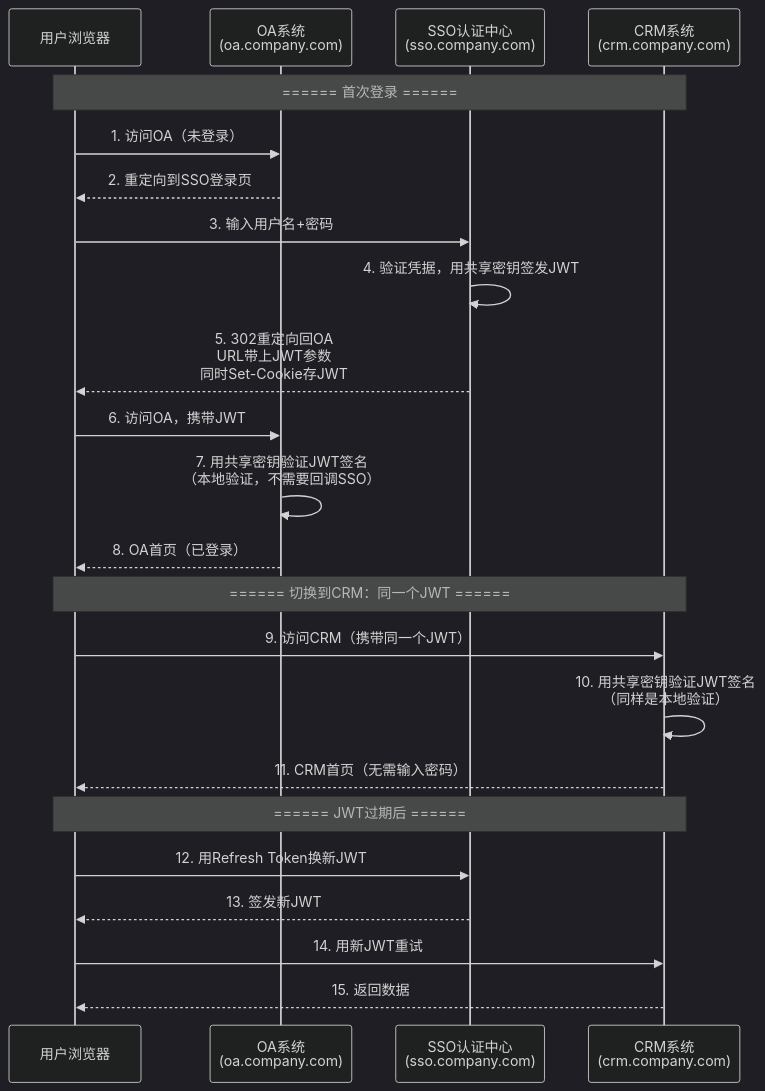
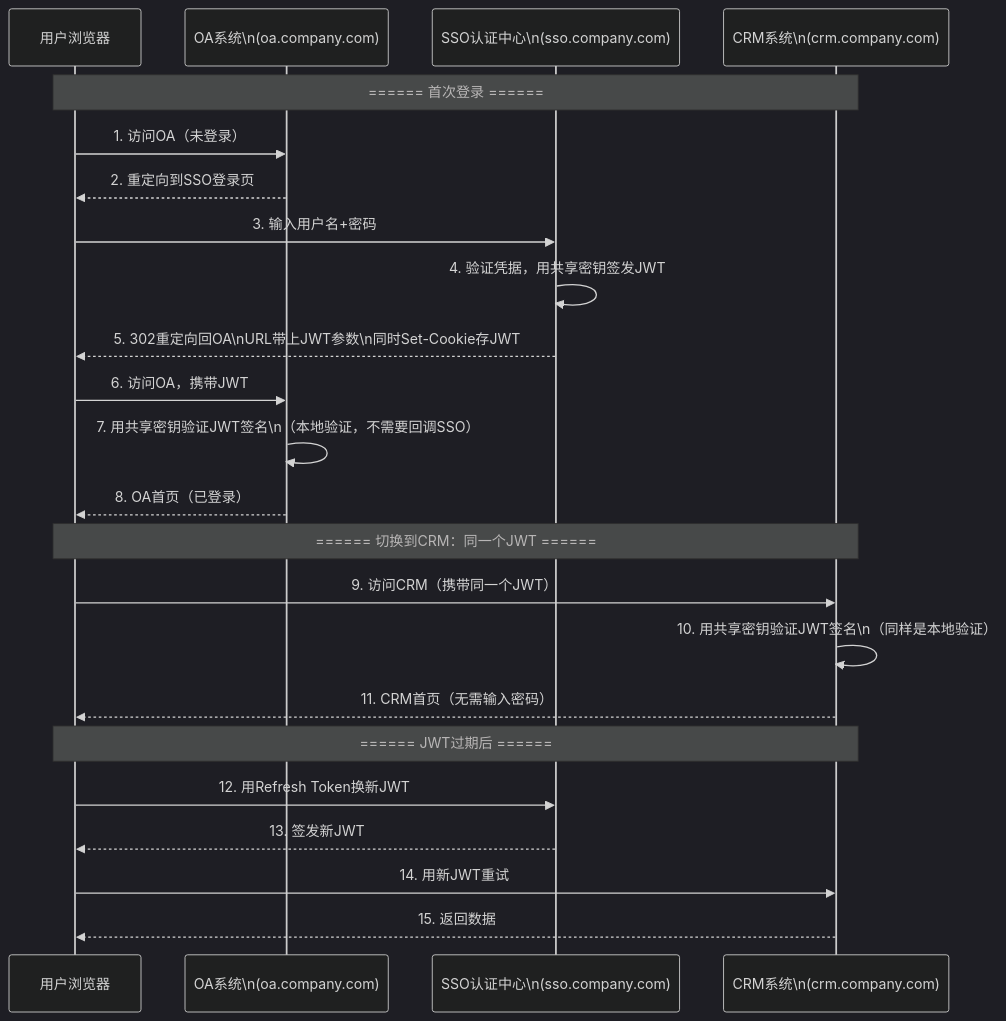
Diagram 11 of 12 in content/posts/springsecurity/SsoVsJwtRedisAuth.md (yaocat55/yaocat55.github.io), drawn with Mermaid (dark theme) before and after one commit. The commit also changed other lines of this file and 155 other files, not shown here.

````diff
--- a/content/posts/springsecurity/SsoVsJwtRedisAuth.md
+++ b/content/posts/springsecurity/SsoVsJwtRedisAuth.md
@@ -478,32 +507,32 @@
 ```mermaid
 sequenceDiagram
     participant U as 用户浏览器
-    participant OA as OA系统<br/>(oa.company.com)
-    participant SSO as SSO认证中心<br/>(sso.company.com)
-    participant CRM as CRM系统<br/>(crm.company.com)
+    participant OA as OA系统\n(oa.company.com)
+    participant SSO as SSO认证中心\n(sso.company.com)
+    participant CRM as CRM系统\n(crm.company.com)
 
     Note over U,CRM: ====== 首次登录 ======
 
     U->>OA: 1. 访问OA（未登录）
     OA-->>U: 2. 重定向到SSO登录页
 
     U->>SSO: 3. 输入用户名+密码
     SSO->>SSO: 4. 验证凭据，用共享密钥签发JWT
-    SSO-->>U: 5. 302重定向回OA<br/>URL带上JWT参数<br/>同时Set-Cookie存JWT
+    SSO-->>U: 5. 302重定向回OA\nURL带上JWT参数\n同时Set-Cookie存JWT
     U->>OA: 6. 访问OA，携带JWT
-    OA->>OA: 7. 用共享密钥验证JWT签名<br/>（本地验证，不需要回调SSO）
+    OA->>OA: 7. 用共享密钥验证JWT签名\n（本地验证，不需要回调SSO）
     OA-->>U: 8. OA首页（已登录）
 
     Note over U,CRM: ====== 切换到CRM：同一个JWT ======
 
     U->>CRM: 9. 访问CRM（携带同一个JWT）
-    CRM->>CRM: 10. 用共享密钥验证JWT签名<br/>（同样是本地验证）
+    CRM->>CRM: 10. 用共享密钥验证JWT签名\n（同样是本地验证）
     CRM-->>U: 11. CRM首页（无需输入密码）
 
     Note over U,CRM: ====== JWT过期后 ======
 
     U->>SSO: 12. 用Refresh Token换新JWT
     SSO-->>U: 13. 签发新JWT
     U->>CRM: 14. 用新JWT重试
     CRM-->>U: 15. 返回数据
 ```
````
